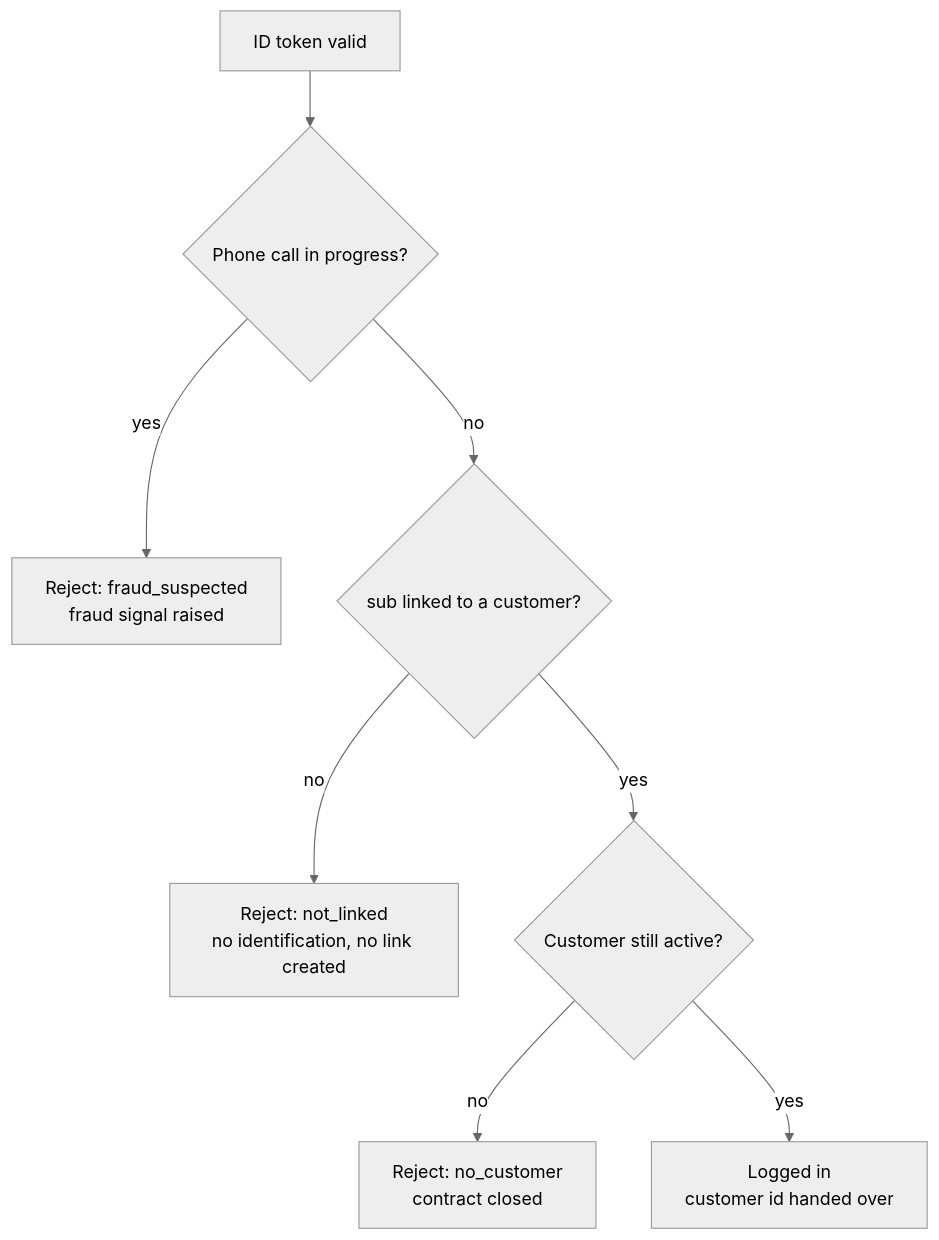
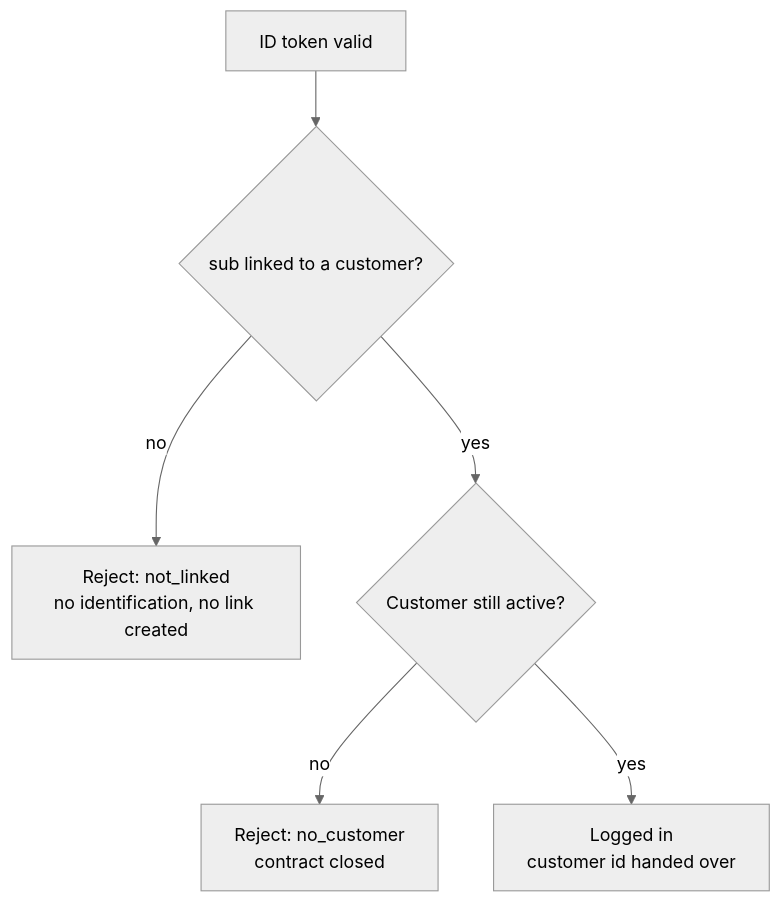
One commit to damienbr/stateless-oidc-login-sample changed the second of 2 diagrams in docs/walkthrough.md. Above: the diagram before and after it, drawn with Mermaid (neutral theme). The commit also changed other lines of this file and 35 other files, not shown here.

````diff
--- a/docs/walkthrough.md
+++ b/docs/walkthrough.md
@@ -170,10 +144,8 @@
 ```mermaid
 flowchart TD
-    A[ID token valid] --> B{Phone call in progress?}
-    B -- yes --> R1[Reject: fraud_suspected<br/>fraud signal raised]
-    B -- no --> C{sub linked to a customer?}
+    A[ID token valid] --> C{sub linked to a customer?}
     C -- no --> R2[Reject: not_linked<br/>no identification, no link created]
     C -- yes --> D{Customer still active?}
     D -- no --> R3[Reject: no_customer<br/>contract closed]
     D -- yes --> OK[Logged in<br/>customer id handed over]
 ```
````
